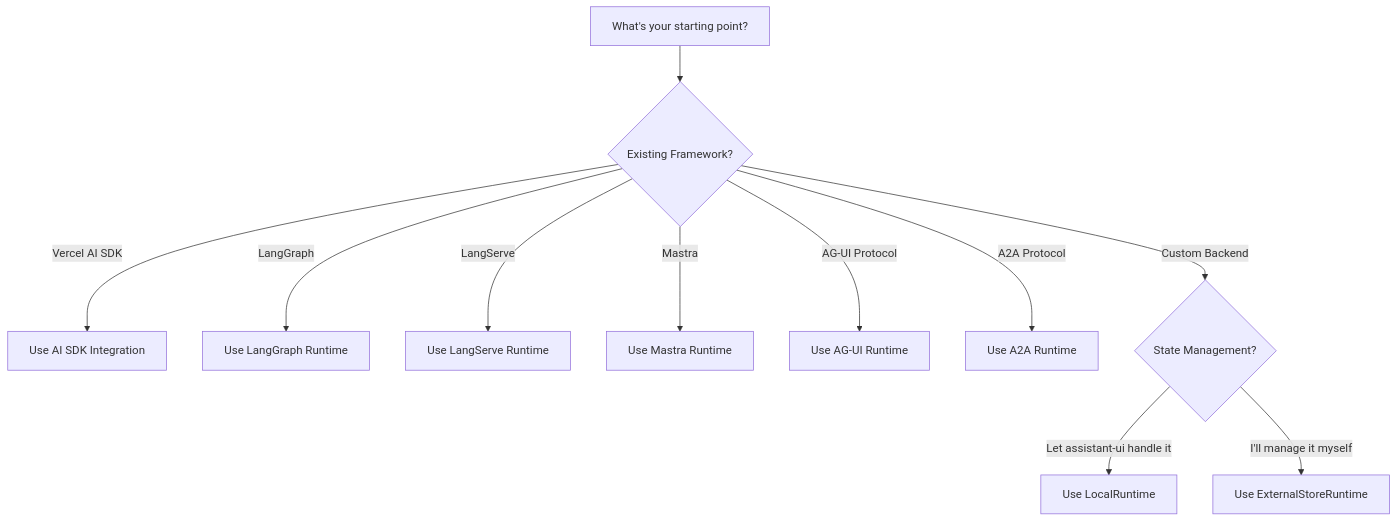
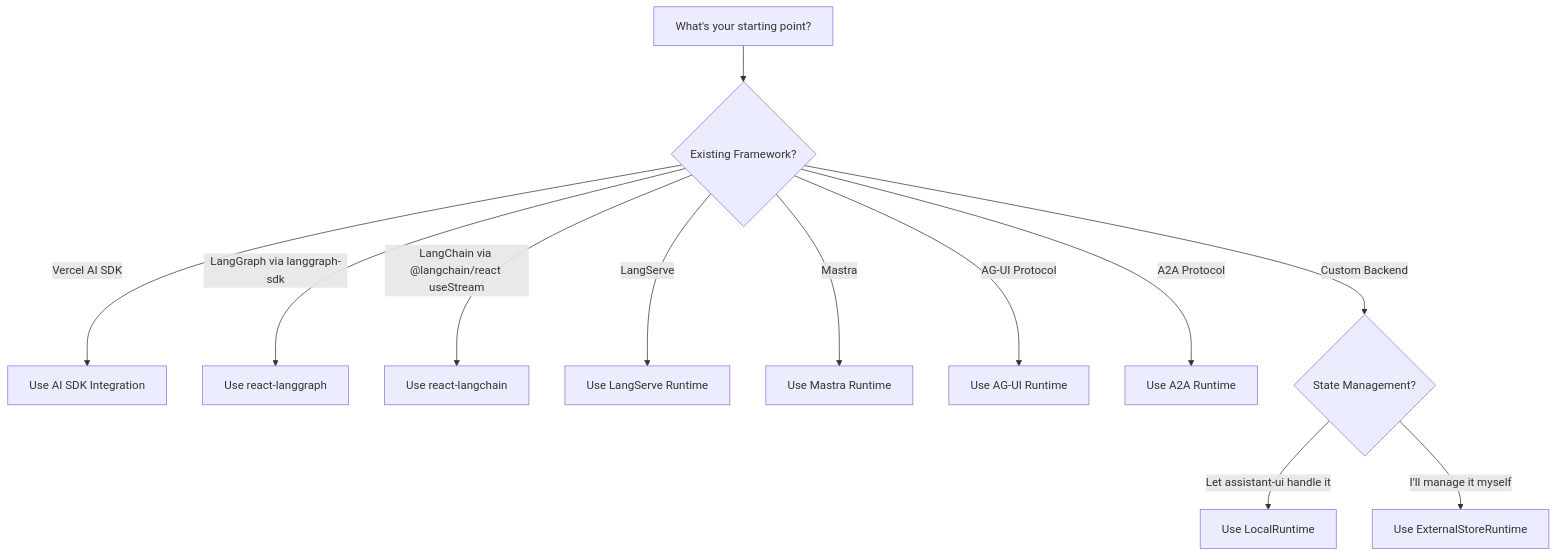
The diagram in apps/docs/content/docs/runtimes/pick-a-runtime.mdx (shaneholloman/assistant-ui), drawn with Mermaid before and after one commit. The commit also changed other lines of this file and 23 other files, not shown here.

Commit message:
feat(react-langchain): add useLangChainState hook (#3866)

````diff
--- a/apps/docs/content/docs/runtimes/pick-a-runtime.mdx
+++ b/apps/docs/content/docs/runtimes/pick-a-runtime.mdx
@@ -10,13 +10,14 @@
 ```mermaid
 graph TD
     A[What's your starting point?] --> B{Existing Framework?}
     B -->|Vercel AI SDK| C[Use AI SDK Integration]
-    B -->|LangGraph| D[Use LangGraph Runtime]
+    B -->|LangGraph via langgraph-sdk| D1[Use react-langgraph]
+    B -->|LangChain via @langchain/react useStream| D2[Use react-langchain]
     B -->|LangServe| E[Use LangServe Runtime]
     B -->|Mastra| F[Use Mastra Runtime]
     B -->|AG-UI Protocol| J[Use AG-UI Runtime]
     B -->|A2A Protocol| K[Use A2A Runtime]
     B -->|Custom Backend| G{State Management?}
     G -->|Let assistant-ui handle it| H[Use LocalRuntime]
     G -->|I'll manage it myself| I[Use ExternalStoreRuntime]
 ```
````
